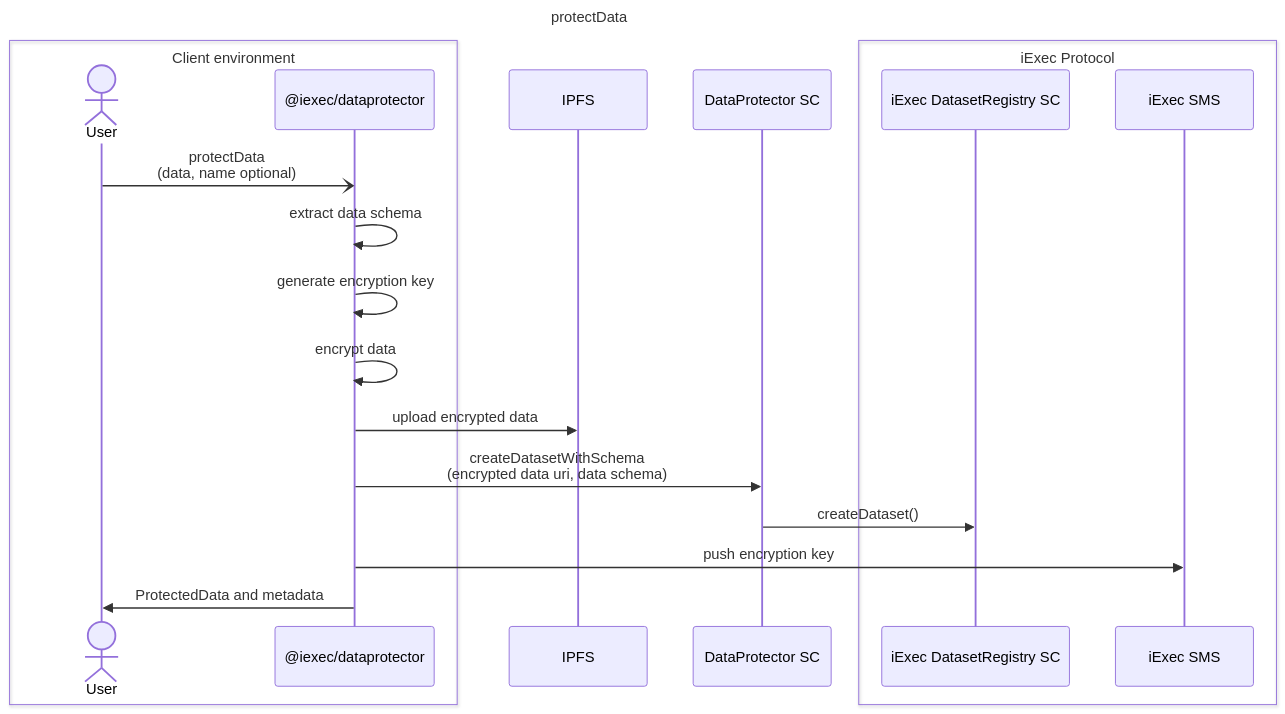
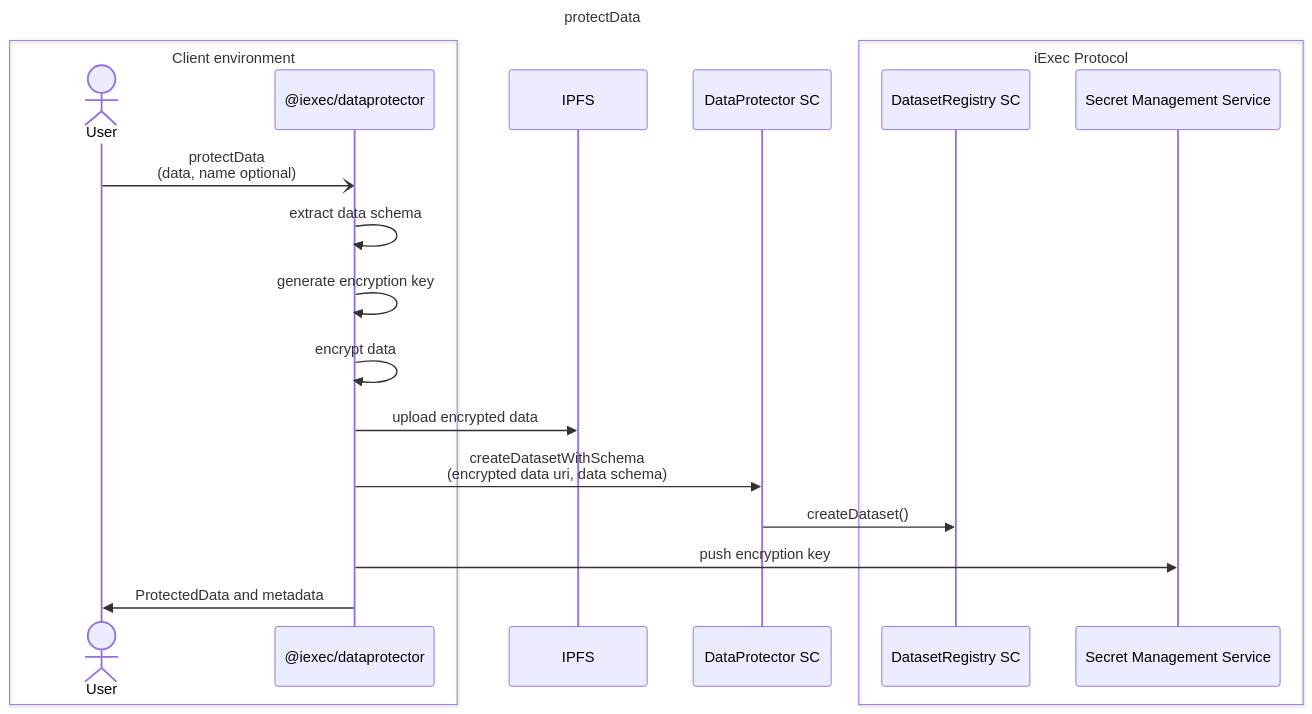
The diagram in technical-design/uml/sequence-protectData.md (iExecBlockchainComputing/dataprotector-sdk), drawn with Mermaid before and after one commit. The commit also changed 4 other files, not shown here.

````diff
--- a/technical-design/uml/sequence-protectData.md
+++ b/technical-design/uml/sequence-protectData.md
@@ -3,34 +3,34 @@
 ```mermaid
 sequenceDiagram
     title protectData
 
     box Client environment
         actor User
         participant SDK as @iexec/dataprotector
     end
     participant IPFS
     participant DPSC as DataProtector SC
     box iExec Protocol
-        participant DRSC as iExec DatasetRegistry SC
-        participant SMS as iExec SMS
+        participant DRSC as DatasetRegistry SC
+        participant SMS as Secret Management Service
     end
 
     User -) SDK: protectData<br>(data, name optional)
 
     SDK ->> SDK: extract data schema
 
     SDK ->> SDK: generate encryption key
 
     SDK ->> SDK: encrypt data
 
     SDK ->> IPFS: upload encrypted data
 
     SDK ->> DPSC: createDatasetWithSchema<br>(encrypted data uri, data schema)
 
     DPSC ->> DRSC: createDataset()
 
 
     SDK ->> SMS: push encryption key
 
     SDK ->> User: ProtectedData and metadata
 ```
````
